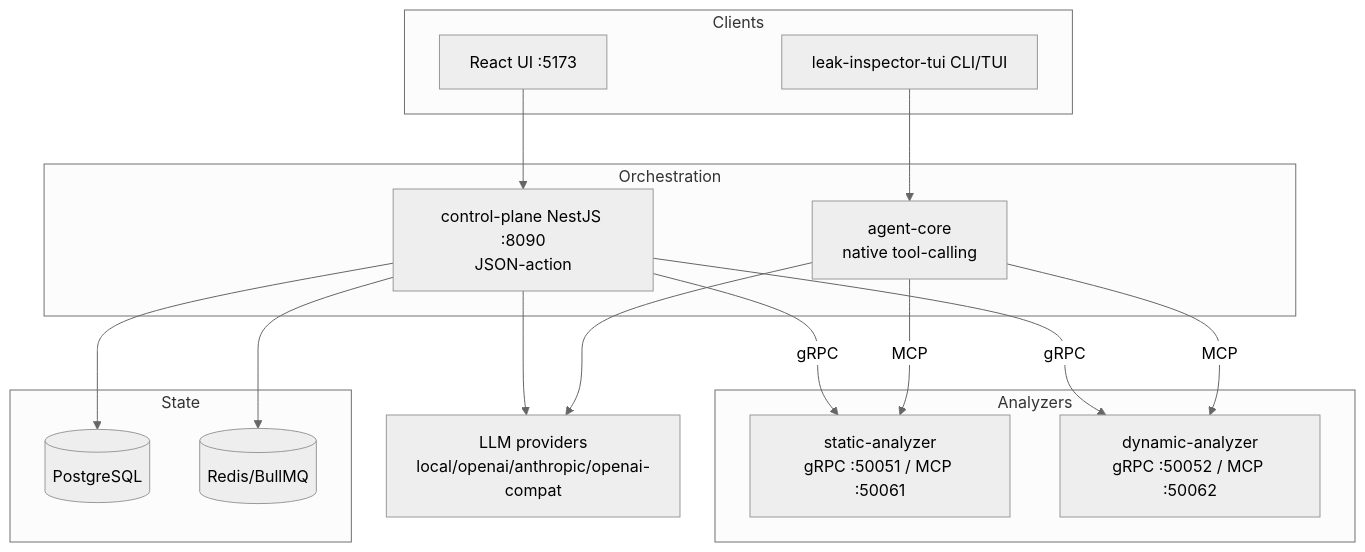
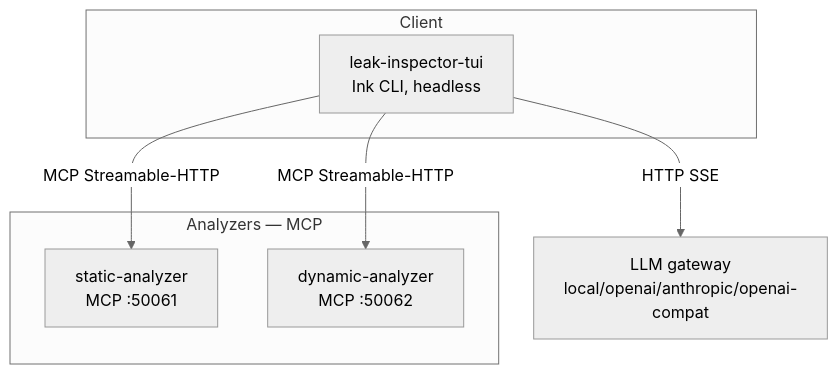
One commit to ledunguit/cleak changed the first of 2 diagrams in paper/de-cuong.md. Above: the diagram before and after it, drawn with Mermaid (neutral theme). The commit also changed other lines of this file and 88 other files, not shown here.

````diff
--- a/paper/de-cuong.md
+++ b/paper/de-cuong.md
@@ -205,25 +175,14 @@
 ```mermaid
 flowchart TB
-  subgraph Clients
-    UI[React UI :5173]
-    TUI[leak-inspector-tui CLI/TUI]
+  subgraph Client
+    TUI[leak-inspector-tui<br/>Ink CLI, headless]
   end
-  subgraph Orchestration
-    CP[control-plane NestJS :8090<br/>JSON-action]
-    AC[agent-core<br/>native tool-calling]
+  subgraph Analyzers[Analyzers — MCP]
+    SA[static-analyzer<br/>MCP :50061]
+    DA[dynamic-analyzer<br/>MCP :50062]
   end
-  subgraph Analyzers
-    SA[static-analyzer<br/>gRPC :50051 / MCP :50061]
-    DA[dynamic-analyzer<br/>gRPC :50052 / MCP :50062]
-  end
-  subgraph State
-    PG[(PostgreSQL)]
-    RD[(Redis/BullMQ)]
-  end
-  LLM[LLM providers<br/>local/openai/anthropic/openai-compat]
-  UI --> CP --> PG & RD
-  TUI --> AC
-  CP -->|gRPC| SA & DA
-  AC -->|MCP| SA & DA
-  CP & AC --> LLM
+  LLM[LLM gateway<br/>local/openai/anthropic/openai-compat]
+  TUI -->|MCP Streamable-HTTP| SA
+  TUI -->|MCP Streamable-HTTP| DA
+  TUI -->|HTTP SSE| LLM
 ```
````
